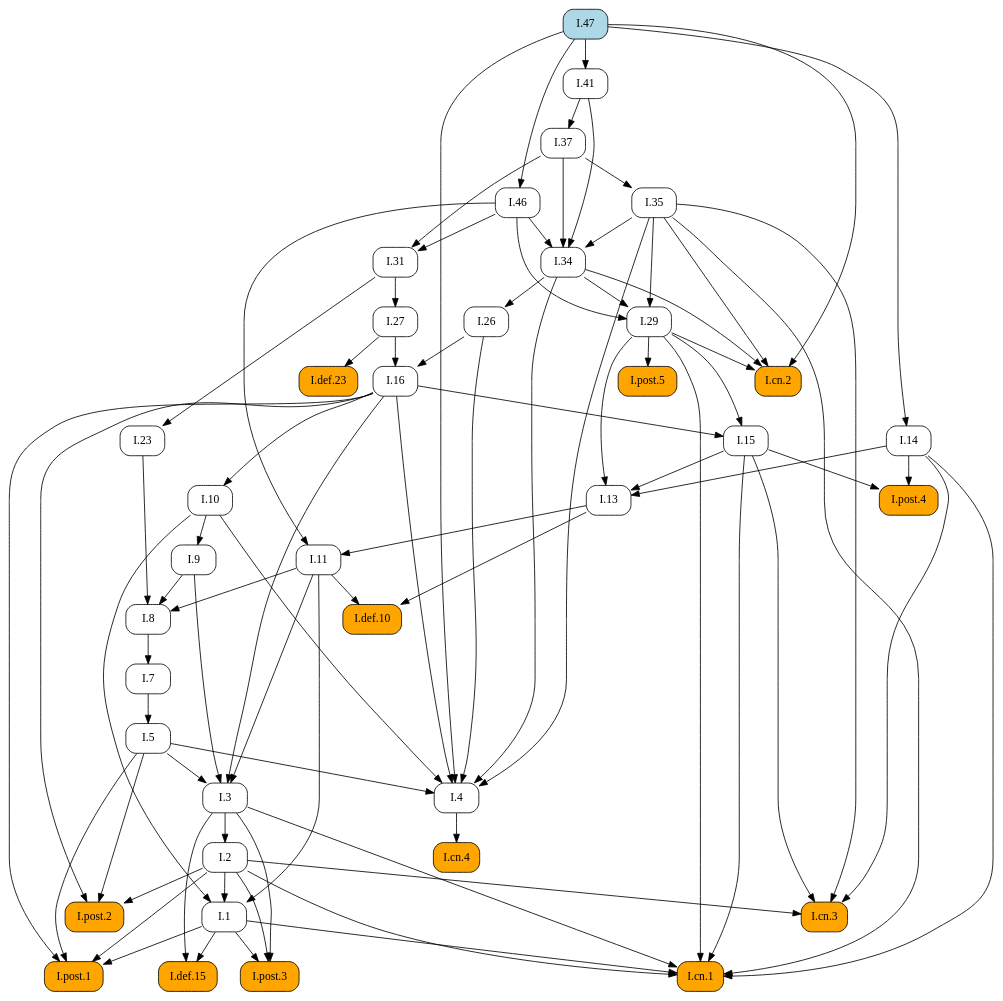
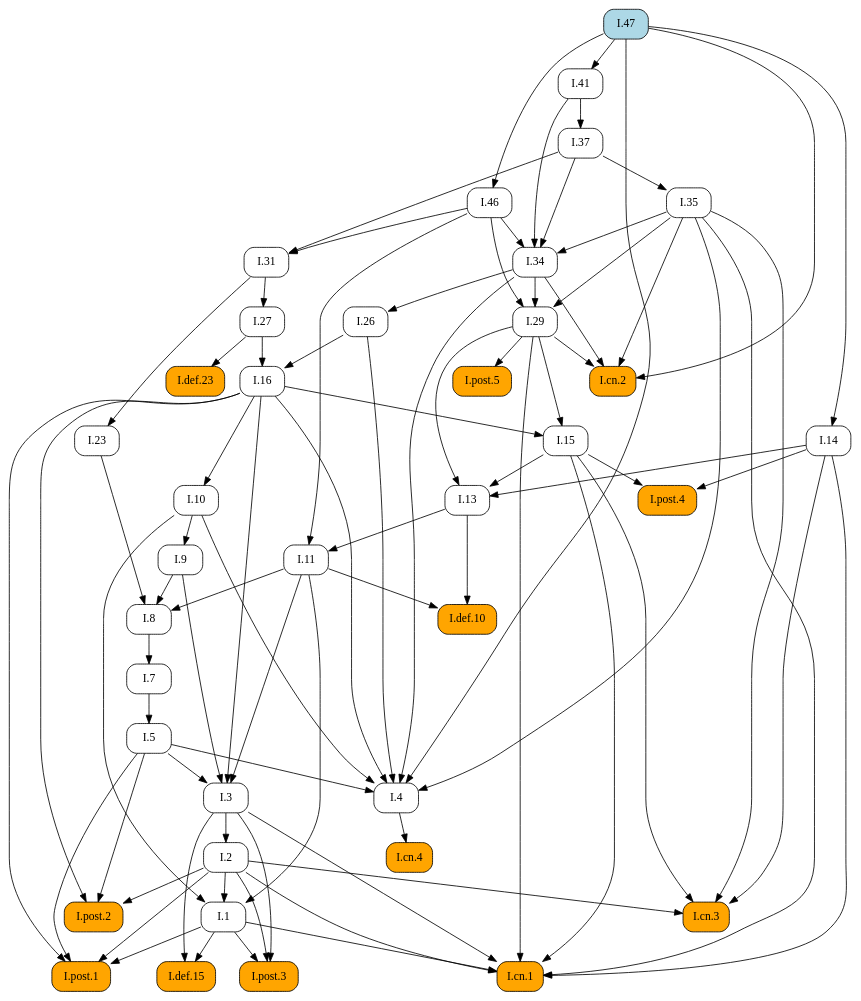
One commit to geometor/elements changed the diagram in docsrc/heath/I/47/index.rst. Above: the diagram before and after it, drawn with Graphviz. The commit also changed other lines of this file and 1029 other files, not shown here.

```diff
--- a/docsrc/heath/I/47/index.rst
+++ b/docsrc/heath/I/47/index.rst
@@ -104,87 +104,97 @@
    digraph {
      rankdir="TB";
      node [shape=box, style=rounded];
+     "I.def.10" [style="rounded,filled", fillcolor=orange, URL="/heath/I/def.10/", target="_top"];
+     "I.11" [URL="/heath/I/11/", target="_top"];
+     "I.post.4" [style="rounded,filled", fillcolor=orange, URL="/heath/I/post.4/", target="_top"];
+     "I.1" [URL="/heath/I/1/", target="_top"];
+     "I.26" [URL="/heath/I/26/", target="_top"];
+     "I.29" [URL="/heath/I/29/", target="_top"];
+     "I.cn.2" [style="rounded,filled", fillcolor=orange, URL="/heath/I/cn.2/", target="_top"];
+     "I.47" [style="rounded,filled", fillcolor=lightblue, URL="/heath/I/47/", target="_top"];
+     "I.def.15" [style="rounded,filled", fillcolor=orange, URL="/heath/I/def.15/", target="_top"];
+     "I.post.3" [style="rounded,filled", fillcolor=orange, URL="/heath/I/post.3/", target="_top"];
+     "I.cn.1" [style="rounded,filled", fillcolor=orange, URL="/heath/I/cn.1/", target="_top"];
      "I.cn.3" [style="rounded,filled", fillcolor=orange, URL="/heath/I/cn.3/", target="_top"];
-     "I.29" [URL="/heath/I/29/", target="_top"];
+     "I.14" [URL="/heath/I/14/", target="_top"];
+     "I.23" [URL="/heath/I/23/", target="_top"];
+     "I.post.1" [style="rounded,filled", fillcolor=orange, URL="/heath/I/post.1/", target="_top"];
+     "I.35" [URL="/heath/I/35/", target="_top"];
+     "I.41" [URL="/heath/I/41/", target="_top"];
+     "I.27" [URL="/heath/I/27/", target="_top"];
+     "I.46" [URL="/heath/I/46/", target="_top"];
+     "I.37" [URL="/heath/I/37/", target="_top"];
+     "I.34" [URL="/heath/I/34/", target="_top"];
+     "I.3" [URL="/heath/I/3/", target="_top"];
      "I.7" [URL="/heath/I/7/", target="_top"];
-     "I.27" [URL="/heath/I/27/", target="_top"];
+     "I.2" [URL="/heath/I/2/", target="_top"];
+     "I.4" [URL="/heath/I/4/", target="_top"];
      "I.def.23" [style="rounded,filled", fillcolor=orange, URL="/heath/I/def.23/", target="_top"];
-     "I.34" [URL="/heath/I/34/", target="_top"];
+     "I.13" [URL="/heath/I/13/", target="_top"];
+     "I.31" [URL="/heath/I/31/", target="_top"];
+     "I.post.2" [style="rounded,filled", fillcolor=orange, URL="/heath/I/post.2/", target="_top"];
+     "I.16" [URL="/heath/I/16/", target="_top"];
+     "I.9" [URL="/heath/I/9/", target="_top"];
      "I.8" [URL="/heath/I/8/", target="_top"];
-     "I.9" [URL="/heath/I/9/", target="_top"];
-     "I.post.4" [style="rounded,filled", fillcolor=orange, URL="/heath/I/post.4/", target="_top"];
-     "I.2" [URL="/heath/I/2/", target="_top"];
-     "I.def.15" [style="rounded,filled", fillcolor=orange, URL="/heath/I/def.15/", target="_top"];
-     "I.1" [URL="/heath/I/1/", target="_top"];
-     "I.post.1" [style="rounded,filled", fillcolor=orange, URL="/heath/I/post.1/", target="_top"];
      "I.cn.4" [style="rounded,filled", fillcolor=orange, URL="/heath/I/cn.4/", target="_top"];
-     "I.26" [URL="/heath/I/26/", target="_top"];
-     "I.23" [URL="/heath/I/23/", target="_top"];
-     "I.13" [URL="/heath/I/13/", target="_top"];
-     "I.cn.2" [style="rounded,filled", fillcolor=orange, URL="/heath/I/cn.2/", target="_top"];
+     "I.15" [URL="/heath/I/15/", target="_top"];
+     "I.post.5" [style="rounded,filled", fillcolor=orange, URL="/heath/I/post.5/", target="_top"];
+     "I.10" [URL="/heath/I/10/", target="_top"];
      "I.5" [URL="/heath/I/5/", target="_top"];
-     "I.11" [URL="/heath/I/11/", target="_top"];
-     "I.10" [URL="/heath/I/10/", target="_top"];
-     "I.4" [URL="/heath/I/4/", target="_top"];
-     "I.3" [URL="/heath/I/3/", target="_top"];
-     "I.16" [URL="/heath/I/16/", target="_top"];
-     "I.31" [URL="/heath/I/31/", target="_top"];
-     "I.def.10" [style="rounded,filled", fillcolor=orange, URL="/heath/I/def.10/", target="_top"];
-     "I.46" [URL="/heath/I/46/", target="_top"];
-     "I.post.2" [style="rounded,filled", fillcolor=orange, URL="/heath/I/post.2/", target="_top"];
-     "I.post.3" [style="rounded,filled", fillcolor=orange, URL="/heath/I/post.3/", target="_top"];
-     "I.post.5" [style="rounded,filled", fillcolor=orange, URL="/heath/I/post.5/", target="_top"];
-     "I.14" [URL="/heath/I/14/", target="_top"];
-     "I.35" [URL="/heath/I/35/", target="_top"];
-     "I.47" [style="rounded,filled", fillcolor=lightblue, URL="/heath/I/47/", target="_top"];
-     "I.15" [URL="/heath/I/15/", target="_top"];
-     "I.cn.1" [style="rounded,filled", fillcolor=orange, URL="/heath/I/cn.1/", target="_top"];
-     "I.41" [URL="/heath/I/41/", target="_top"];
-     "I.37" [URL="/heath/I/37/", target="_top"];
+     "I.11" -> "I.def.10";
+     "I.13" -> "I.def.10";
+     "I.13" -> "I.11";
+     "I.46" -> "I.11";
+     "I.14" -> "I.post.4";
+     "I.15" -> "I.post.4";
+     "I.2" -> "I.1";
+     "I.10" -> "I.1";
+     "I.11" -> "I.1";
+     "I.34" -> "I.26";
+     "I.34" -> "I.29";
+     "I.35" -> "I.29";
+     "I.46" -> "I.29";
+     "I.29" -> "I.cn.2";
+     "I.34" -> "I.cn.2";
+     "I.35" -> "I.cn.2";
+     "I.47" -> "I.cn.2";
+     "I.1" -> "I.def.15";
+     "I.3" -> "I.def.15";
+     "I.1" -> "I.post.3";
+     "I.2" -> "I.post.3";
+     "I.3" -> "I.post.3";
+     "I.1" -> "I.cn.1";
+     "I.2" -> "I.cn.1";
+     "I.3" -> "I.cn.1";
+     "I.14" -> "I.cn.1";
+     "I.15" -> "I.cn.1";
+     "I.29" -> "I.cn.1";
+     "I.35" -> "I.cn.1";
      "I.2" -> "I.cn.3";
      "I.14" -> "I.cn.3";
      "I.15" -> "I.cn.3";
      "I.35" -> "I.cn.3";
-     "I.34" -> "I.29";
-     "I.35" -> "I.29";
-     "I.46" -> "I.29";
-     "I.8" -> "I.7";
+     "I.47" -> "I.14";
+     "I.31" -> "I.23";
+     "I.1" -> "I.post.1";
+     "I.2" -> "I.post.1";
+     "I.5" -> "I.post.1";
+     "I.16" -> "I.post.1";
+     "I.37" -> "I.35";
+     "I.47" -> "I.41";
      "I.31" -> "I.27";
-     "I.27" -> "I.def.23";
+     "I.47" -> "I.46";
+     "I.41" -> "I.37";
      "I.35" -> "I.34";
      "I.37" -> "I.34";
      "I.41" -> "I.34";
      "I.46" -> "I.34";
-     "I.9" -> "I.8";
-     "I.11" -> "I.8";
-     "I.23" -> "I.8";
-     "I.10" -> "I.9";
-     "I.14" -> "I.post.4";
-     "I.15" -> "I.post.4";
+     "I.5" -> "I.3";
+     "I.9" -> "I.3";
+     "I.11" -> "I.3";
+     "I.16" -> "I.3";
+     "I.8" -> "I.7";
      "I.3" -> "I.2";
-     "I.1" -> "I.def.15";
-     "I.3" -> "I.def.15";
-     "I.2" -> "I.1";
-     "I.10" -> "I.1";
-     "I.11" -> "I.1";
-     "I.1" -> "I.post.1";
-     "I.2" -> "I.post.1";
-     "I.5" -> "I.post.1";
-     "I.16" -> "I.post.1";
-     "I.4" -> "I.cn.4";
-     "I.34" -> "I.26";
-     "I.31" -> "I.23";
-     "I.14" -> "I.13";
-     "I.15" -> "I.13";
-     "I.29" -> "I.13";
-     "I.29" -> "I.cn.2";
-     "I.34" -> "I.cn.2";
-     "I.35" -> "I.cn.2";
-     "I.47" -> "I.cn.2";
-     "I.7" -> "I.5";
-     "I.13" -> "I.11";
-     "I.46" -> "I.11";
-     "I.16" -> "I.10";
      "I.5" -> "I.4";
      "I.10" -> "I.4";
      "I.16" -> "I.4";
@@ -192,35 +202,25 @@
      "I.34" -> "I.4";
      "I.35" -> "I.4";
      "I.47" -> "I.4";
-     "I.5" -> "I.3";
-     "I.9" -> "I.3";
-     "I.11" -> "I.3";
-     "I.16" -> "I.3";
-     "I.26" -> "I.16";
-     "I.27" -> "I.16";
+     "I.27" -> "I.def.23";
+     "I.14" -> "I.13";
+     "I.15" -> "I.13";
+     "I.29" -> "I.13";
      "I.37" -> "I.31";
      "I.46" -> "I.31";
-     "I.11" -> "I.def.10";
-     "I.13" -> "I.def.10";
-     "I.47" -> "I.46";
      "I.2" -> "I.post.2";
      "I.5" -> "I.post.2";
      "I.16" -> "I.post.2";
-     "I.1" -> "I.post.3";
-     "I.2" -> "I.post.3";
-     "I.3" -> "I.post.3";
-     "I.29" -> "I.post.5";
-     "I.47" -> "I.14";
-     "I.37" -> "I.35";
+     "I.26" -> "I.16";
+     "I.27" -> "I.16";
+     "I.10" -> "I.9";
+     "I.9" -> "I.8";
+     "I.11" -> "I.8";
+     "I.23" -> "I.8";
+     "I.4" -> "I.cn.4";
      "I.16" -> "I.15";
      "I.29" -> "I.15";
-     "I.1" -> "I.cn.1";
-     "I.2" -> "I.cn.1";
-     "I.3" -> "I.cn.1";
-     "I.14" -> "I.cn.1";
-     "I.15" -> "I.cn.1";
-     "I.29" -> "I.cn.1";
-     "I.35" -> "I.cn.1";
-     "I.47" -> "I.41";
-     "I.41" -> "I.37";
+     "I.29" -> "I.post.5";
+     "I.16" -> "I.10";
+     "I.7" -> "I.5";
    }
```
